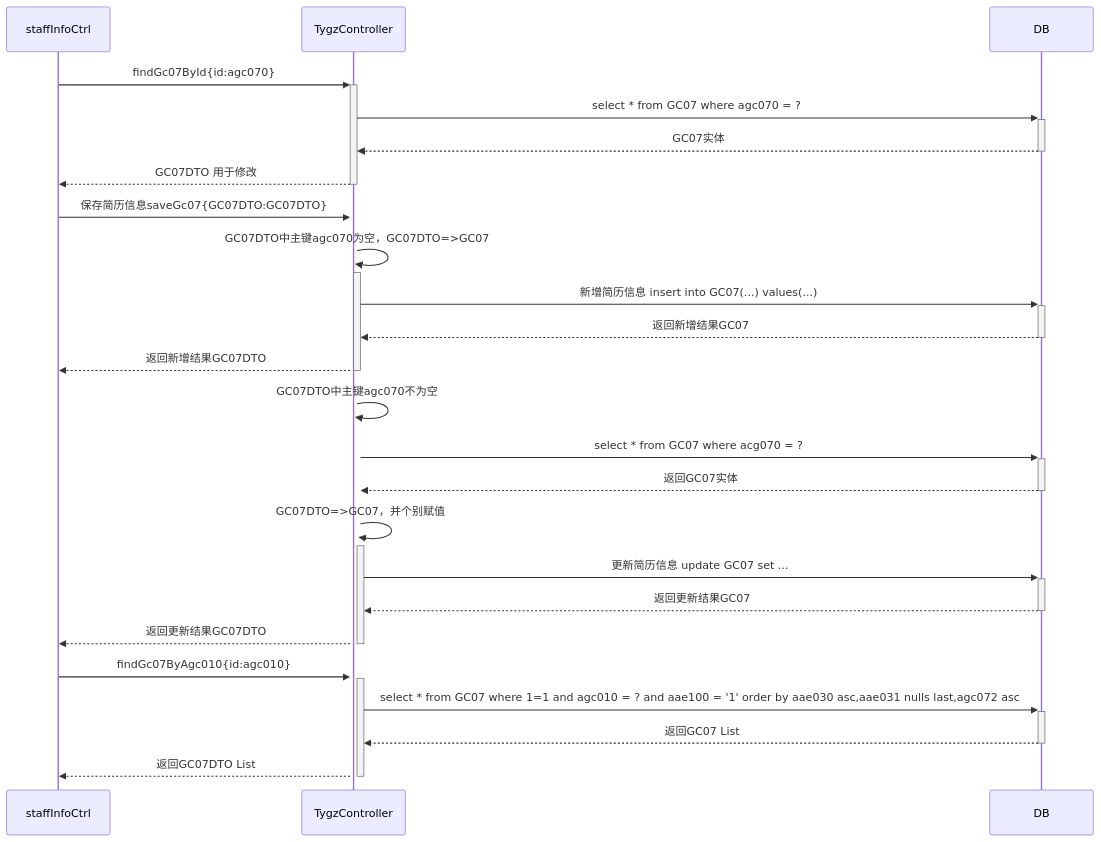
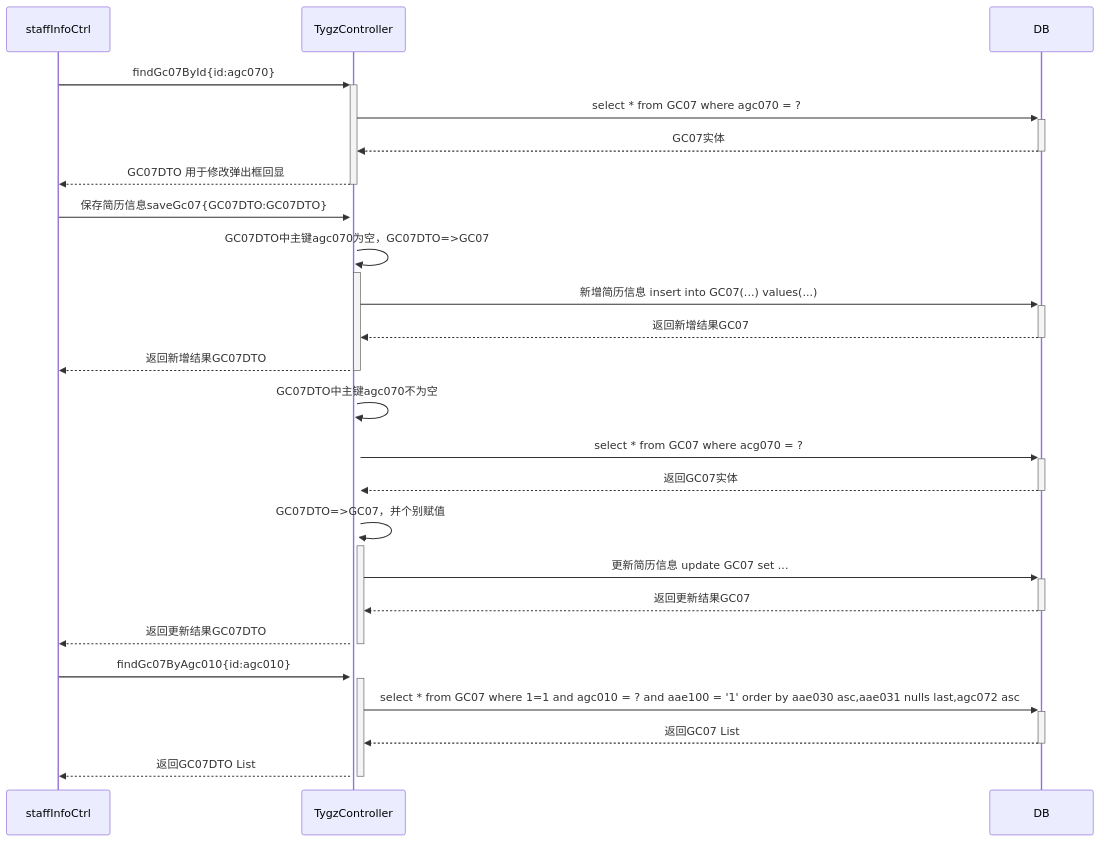
Before and after one commit to ZhangJianBeiJing/iodraw-files: the diagram in all/未命名.md, drawn with Mermaid.

Commit message:
2025-03-25 17:27:53 update

````diff
--- a/all/未命名.md
+++ b/all/未命名.md
@@ -1,26 +1,26 @@
 ```mermaid
 sequenceDiagram
 
     staffInfoCtrl->>+TygzController:findGc07ById{id:agc070}
     TygzController->>+DB:select * from GC07 where agc070 = ?
     DB-->>-TygzController:GC07实体
-    TygzController-->>-staffInfoCtrl:GC07DTO 用于修改
+    TygzController-->>-staffInfoCtrl:GC07DTO 用于修改弹出框回显
     staffInfoCtrl->>+TygzController:保存简历信息saveGc07{GC07DTO:GC07DTO}
     TygzController->>+TygzController:GC07DTO中主键agc070为空，GC07DTO=>GC07
     TygzController->>+DB:新增简历信息 insert into GC07(...) values(...)
     DB-->>-TygzController:返回新增结果GC07
     TygzController-->>-staffInfoCtrl:返回新增结果GC07DTO
     TygzController->>+TygzController:GC07DTO中主键agc070不为空
     TygzController->>+DB:select * from GC07 where acg070 = ?
     DB-->>-TygzController:返回GC07实体
     TygzController->>+TygzController:GC07DTO=>GC07，并个别赋值
     TygzController->>+DB:更新简历信息 update GC07 set ...
     DB-->>-TygzController:返回更新结果GC07
     TygzController-->>-staffInfoCtrl:返回更新结果GC07DTO
 
     staffInfoCtrl->>+TygzController:findGc07ByAgc010{id:agc010}
     TygzController->>+DB:select * from GC07 where 1=1 and agc010 = ? and aae100 = '1' order by aae030 asc,aae031 nulls last,agc072 asc 
     DB-->>-TygzController:返回GC07 List
     TygzController-->>-staffInfoCtrl:返回GC07DTO List
             
 ```
````
